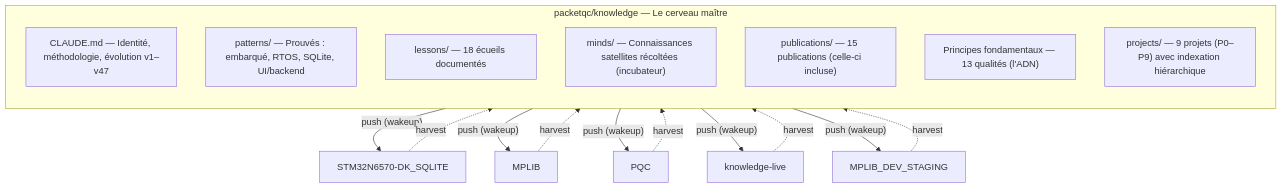
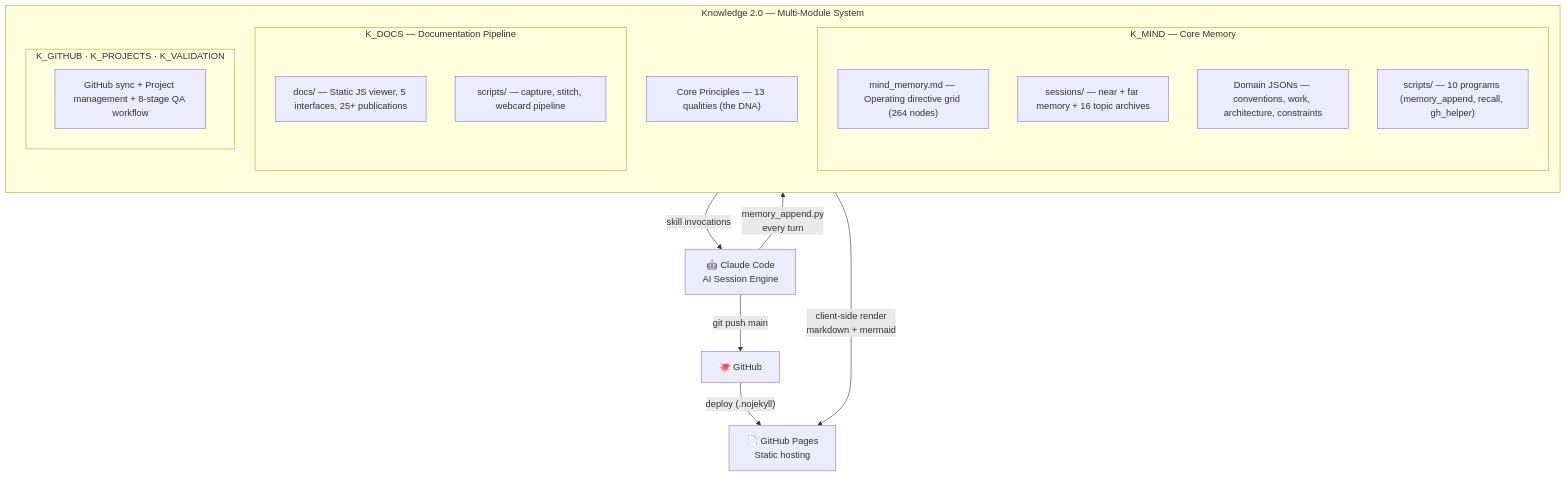
Before and after one commit to packetqc/K_DOCS: the diagram in docs/fr/publications/knowledge-system/full/index.md, drawn with Mermaid. The commit also changed other lines of this file and 1 other file, not shown here.

Commit message:
docs: update knowledge-system mermaid diagrams to K2.0 architecture
Replace old monolithic diagram with multi-module K2.0 system view
showing K_MIND, K_DOCS, K_GITHUB/K_PROJECTS/K_VALIDATION modules.

````diff
--- a/docs/fr/publications/knowledge-system/full/index.md
+++ b/docs/fr/publications/knowledge-system/full/index.md
@@ -101,25 +101,26 @@
 ```mermaid
 flowchart TB
-    subgraph KNOWLEDGE["packetqc/knowledge — Le cerveau maître"]
+    subgraph KNOWLEDGE["Knowledge 2.0 — Multi-Module System"]
         direction TB
-        CLAUDE["CLAUDE.md — Identité, méthodologie, évolution v1–v47"]
-        PATTERNS["patterns/ — Prouvés : embarqué, RTOS, SQLite, UI/backend"]
-        LESSONS["lessons/ — 18 écueils documentés"]
-        MINDS["minds/ — Connaissances satellites récoltées (incubateur)"]
-        PUBS["publications/ — 15 publications (celle-ci incluse)"]
-        PRINCIPLES["Principes fondamentaux — 13 qualités (l'ADN)"]
-        PROJECTS["projects/ — 9 projets (P0–P9) avec indexation hiérarchique"]
+        subgraph KMIND["K_MIND — Core Memory"]
+            MINDMAP["mind_memory.md — Operating directive grid (264 nodes)"]
+            SESSIONS["sessions/ — near + far memory + 16 topic archives"]
+            DOMAIN["Domain JSONs — conventions, work, architecture, constraints"]
+            SCRIPTS_M["scripts/ — 10 programs (memory_append, recall, gh_helper)"]
+        end
+        subgraph KDOCS["K_DOCS — Documentation Pipeline"]
+            VIEWER["docs/ — Static JS viewer, 5 interfaces, 25+ publications"]
+            SCRIPTS_D["scripts/ — capture, stitch, webcard pipeline"]
+        end
+        subgraph KOTHER["K_GITHUB · K_PROJECTS · K_VALIDATION"]
+            MODULES["GitHub sync + Project management + 8-stage QA workflow"]
+        end
+        PRINCIPLES["Core Principles — 13 qualities (the DNA)"]
     end
 
-    KNOWLEDGE -- "push (wakeup)" --> SAT1["STM32N6570-DK_SQLITE"]
-    KNOWLEDGE -- "push (wakeup)" --> SAT2["MPLIB"]
-    KNOWLEDGE -- "push (wakeup)" --> SAT3["PQC"]
-    KNOWLEDGE -- "push (wakeup)" --> SAT4["knowledge-live"]
-    KNOWLEDGE -- "push (wakeup)" --> SAT5["MPLIB_DEV_STAGING"]
-
-    SAT1 -. "harvest" .-> KNOWLEDGE
-    SAT2 -. "harvest" .-> KNOWLEDGE
-    SAT3 -. "harvest" .-> KNOWLEDGE
-    SAT4 -. "harvest" .-> KNOWLEDGE
-    SAT5 -. "harvest" .-> KNOWLEDGE
+    KNOWLEDGE -- "skill invocations" --> CLAUDE["🤖 Claude Code\nAI Session Engine"]
+    CLAUDE -- "memory_append.py\nevery turn" --> SESSIONS
+    CLAUDE -- "git push main" --> GH["🐙 GitHub"]
+    GH -- "deploy (.nojekyll)" --> PAGES["📄 GitHub Pages\nStatic hosting"]
+    VIEWER -- "client-side render\nmarkdown + mermaid" --> PAGES
 ```
````
